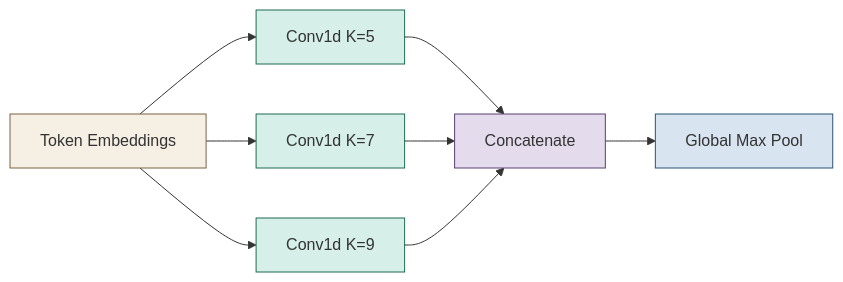
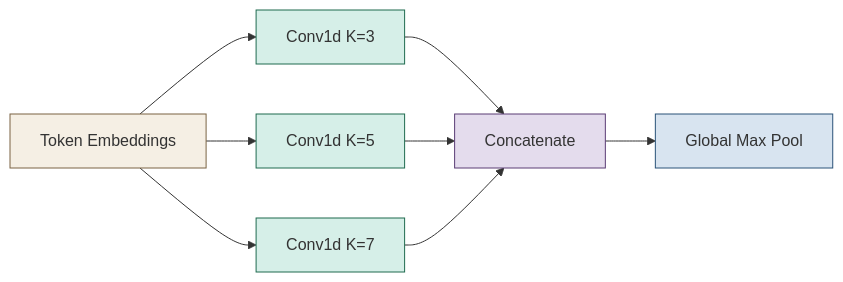
The second of 3 diagrams in tutorials/architecture.qmd (systems-genomics-lab/deeptaxa), drawn with Mermaid before and after one commit. The commit also changed other lines of this file and 3 other files, not shown here.

````diff
--- a/tutorials/architecture.qmd
+++ b/tutorials/architecture.qmd
@@ -129,17 +136,17 @@
 ```{mermaid}
 %%| echo: false
 flowchart LR
-    A[Token Embeddings] --> B["Conv1d K=5"]
-    A --> C["Conv1d K=7"]
-    A --> D["Conv1d K=9"]
+    A[Token Embeddings] --> B["Conv1d K=3"]
+    A --> C["Conv1d K=5"]
+    A --> D["Conv1d K=7"]
     B --> E[Concatenate]
     C --> E
     D --> E
     E --> F[Global Max Pool]
     style A fill:#f5efe4,stroke:#7a6343
     style B fill:#d6efe8,stroke:#1f6b4f
     style C fill:#d6efe8,stroke:#1f6b4f
     style D fill:#d6efe8,stroke:#1f6b4f
     style E fill:#e4dced,stroke:#5a3d75
     style F fill:#d8e4f0,stroke:#2a5278
 ```
````
